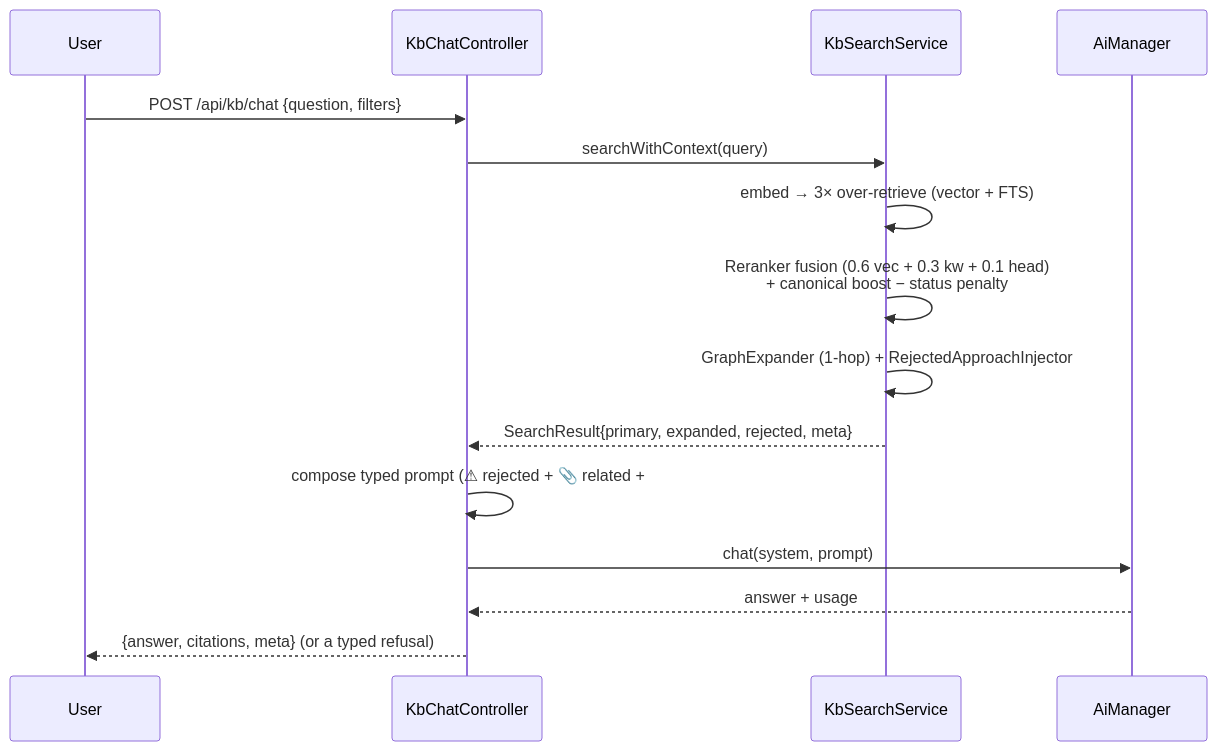
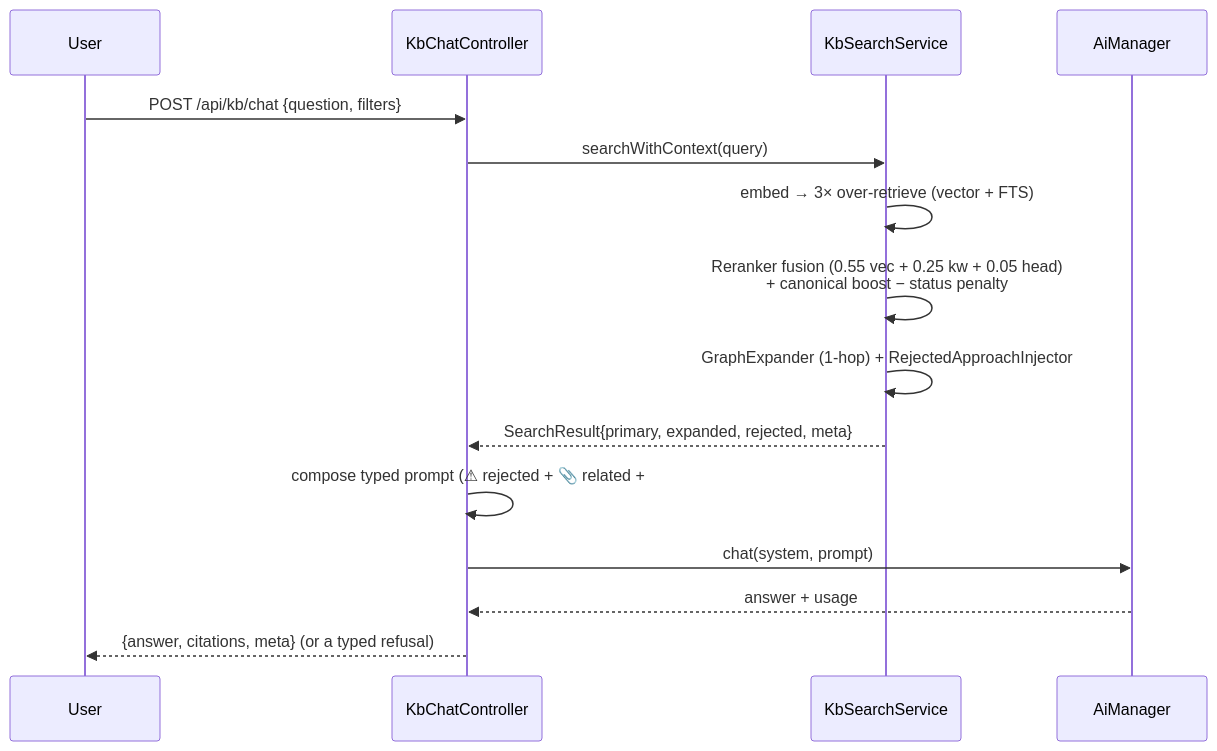
One commit to lopadova/AskMyDocs changed the diagram in docs-site/chat-and-retrieval.mdx. Above: the diagram before and after it, drawn with Mermaid. The commit also changed other lines of this file and 1 other file, not shown here.

First line of the commit message:
docs(docs-site): address Copilot — canonical type/status enums + reranker weights + route prefix

````diff
--- a/docs-site/chat-and-retrieval.mdx
+++ b/docs-site/chat-and-retrieval.mdx
@@ -15,17 +15,17 @@
 ```mermaid
 sequenceDiagram
     participant U as User
     participant C as KbChatController
     participant S as KbSearchService
     participant A as AiManager
     U->>C: POST /api/kb/chat {question, filters}
     C->>S: searchWithContext(query)
     S->>S: embed → 3× over-retrieve (vector + FTS)
-    S->>S: Reranker fusion (0.6 vec + 0.3 kw + 0.1 head)<br/>+ canonical boost − status penalty
+    S->>S: Reranker fusion (0.55 vec + 0.25 kw + 0.05 head)<br/>+ canonical boost − status penalty
     S->>S: GraphExpander (1-hop) + RejectedApproachInjector
     S-->>C: SearchResult{primary, expanded, rejected, meta}
     C->>C: compose typed prompt (⚠ rejected + 📎 related + ## context)
     C->>A: chat(system, prompt)
     A-->>C: answer + usage
     C-->>U: {answer, citations, meta}  (or a typed refusal)
 ```
````
